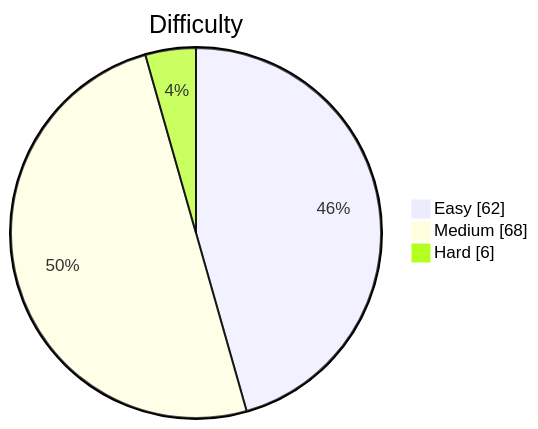
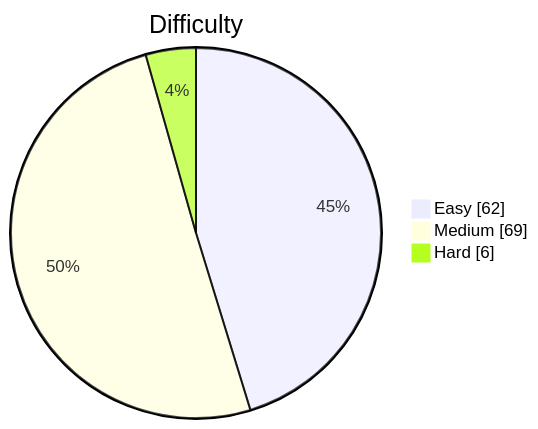
The diagram in README.md (kevstevie/python-algo-practice), drawn with Mermaid before and after one commit. The commit also changed other lines of this file, not shown here.

````diff
--- a/README.md
+++ b/README.md
@@ -13,7 +13,7 @@
 ```mermaid
 pie showData
     title Difficulty
     "Easy"   : 62
-    "Medium" : 68
+    "Medium" : 69
     "Hard"   : 6
 ```
````
